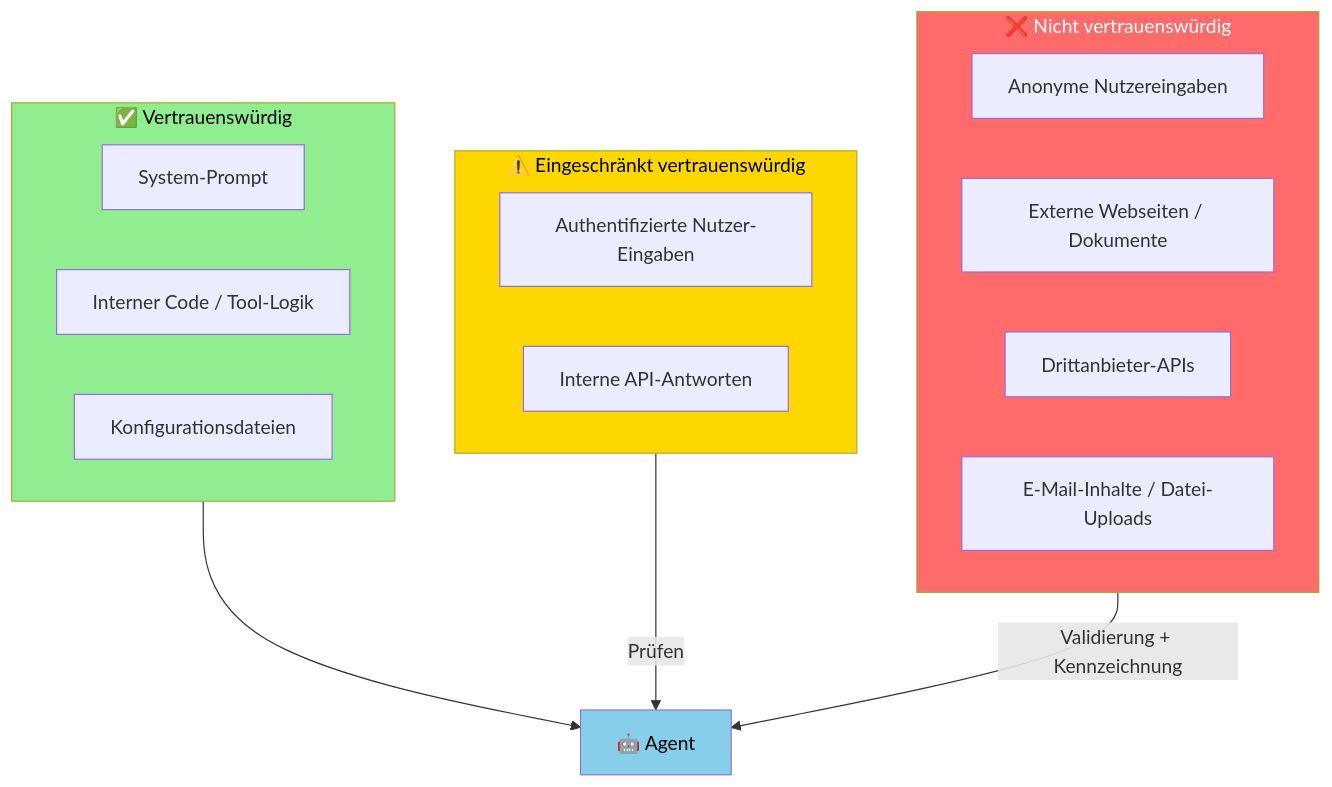
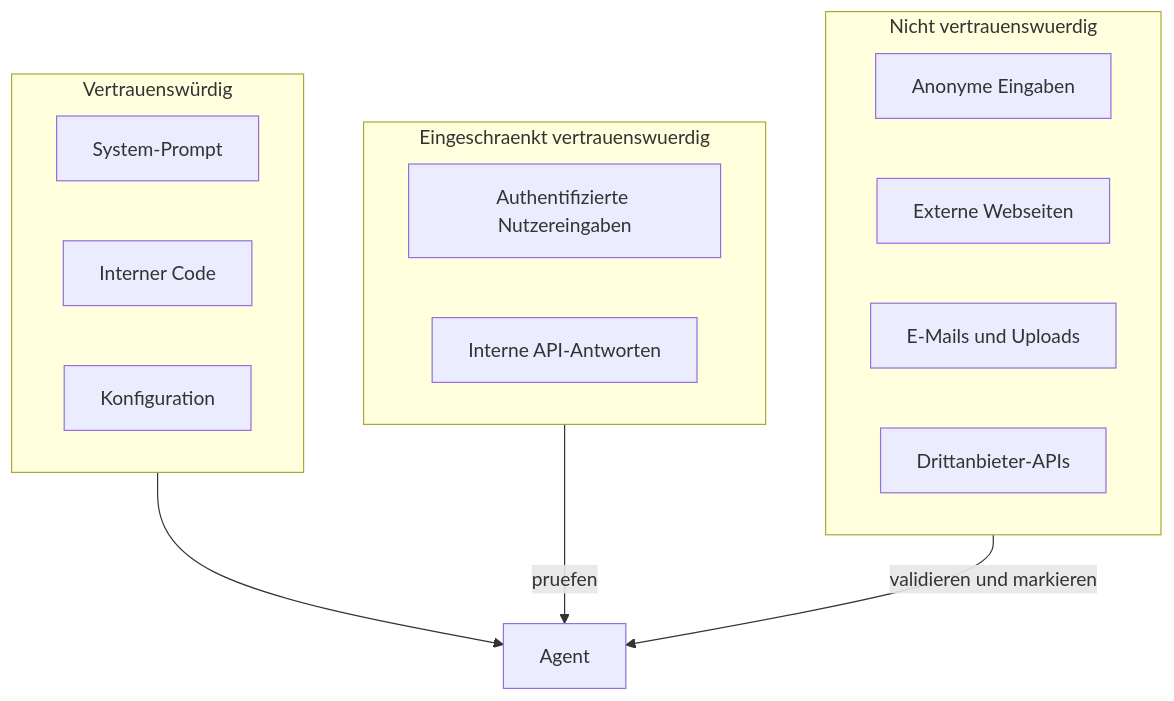
One commit to ralf-42/Agenten changed the diagram in docs/concepts/Agent_Security.md. Above: the diagram before and after it, drawn with Mermaid. The commit also changed other lines of this file and 15 other files, not shown here.

````diff
--- a/docs/concepts/Agent_Security.md
+++ b/docs/concepts/Agent_Security.md
@@ -211,27 +147,22 @@
 ```mermaid
 flowchart TB
-    subgraph HIGH["✅ Vertrauenswürdig"]
+    subgraph HIGH["Vertrauenswürdig"]
         SP[System-Prompt]
-        CODE[Interner Code / Tool-Logik]
-        CFG[Konfigurationsdateien]
+        CODE[Interner Code]
+        CFG[Konfiguration]
     end
-    subgraph MED["⚠️ Eingeschränkt vertrauenswürdig"]
-        AUTH[Authentifizierte Nutzer-Eingaben]
+    subgraph MED["Eingeschraenkt vertrauenswuerdig"]
+        AUTH[Authentifizierte Nutzereingaben]
         IAPI[Interne API-Antworten]
     end
-    subgraph LOW["❌ Nicht vertrauenswürdig"]
-        ANON[Anonyme Nutzereingaben]
-        WEB[Externe Webseiten / Dokumente]
+    subgraph LOW["Nicht vertrauenswuerdig"]
+        ANON[Anonyme Eingaben]
+        WEB[Externe Webseiten]
+        EMAIL[E-Mails und Uploads]
         EAPI[Drittanbieter-APIs]
-        EMAIL[E-Mail-Inhalte / Datei-Uploads]
     end
 
-    HIGH --> AGENT[🤖 Agent]
-    MED -->|Prüfen| AGENT
-    LOW -->|Validierung + Kennzeichnung| AGENT
-
-    style HIGH fill:#90EE90,color:#000
-    style MED fill:#FFD700,color:#000
-    style LOW fill:#ff6b6b,color:#fff
-    style AGENT fill:#87CEEB,color:#000
+    HIGH --> AGENT[Agent]
+    MED -->|pruefen| AGENT
+    LOW -->|validieren und markieren| AGENT
 ```
````
